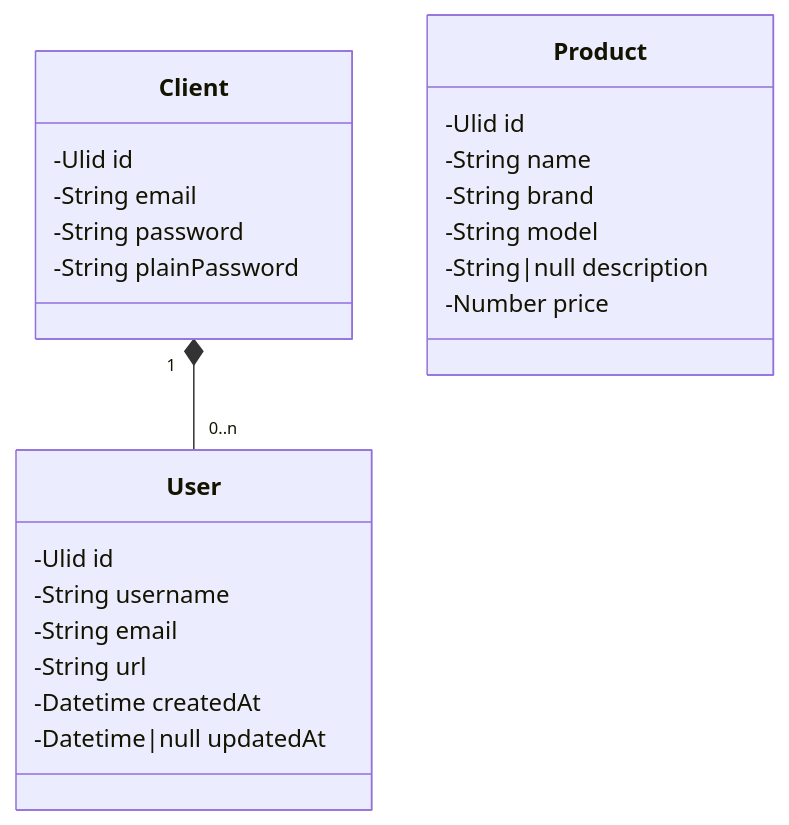
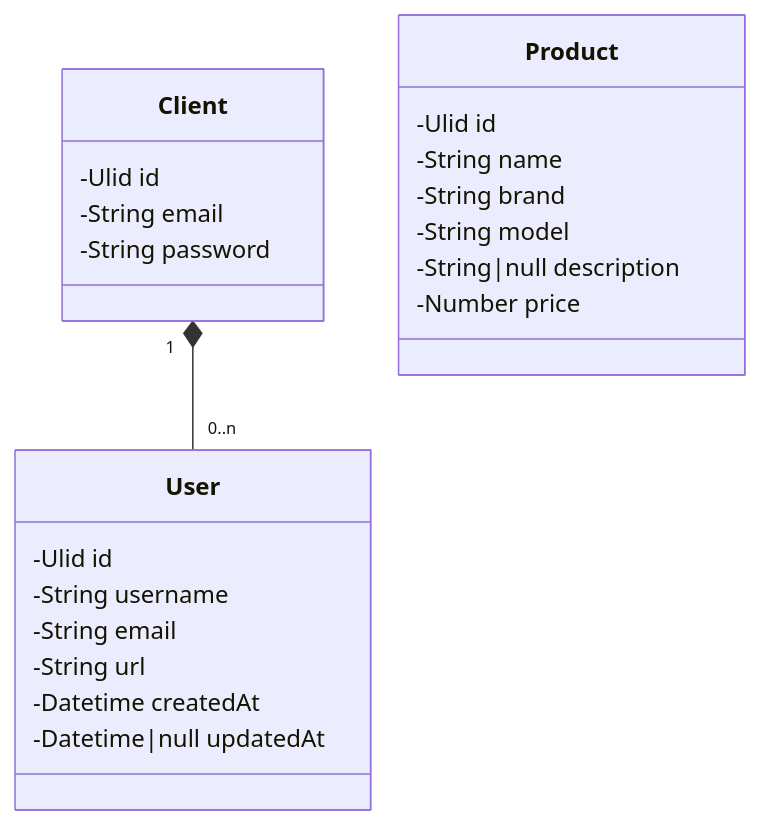
Before and after one commit to acecconato/AnthonyCecconato_7_12052023: the diagram in docs/class/class.md, drawn with Mermaid. The commit also changed 29 other files, not shown here.

````diff
--- a/docs/class/class.md
+++ b/docs/class/class.md
@@ -1,30 +1,29 @@
 ```mermaid
 classDiagram
 
 class Client {
     -Ulid id
     -String email
     -String password
-    -String plainPassword
 }
 
 class User {
     -Ulid id
     -String username
     -String email
     -String url
     -Datetime createdAt
     -Datetime|null updatedAt
 }
 
 class Product {
     -Ulid id
     -String name
     -String brand
     -String model
     -String|null description
     -Number price
 }
 
 Client "1"*--"0..n" User
 ```
````
